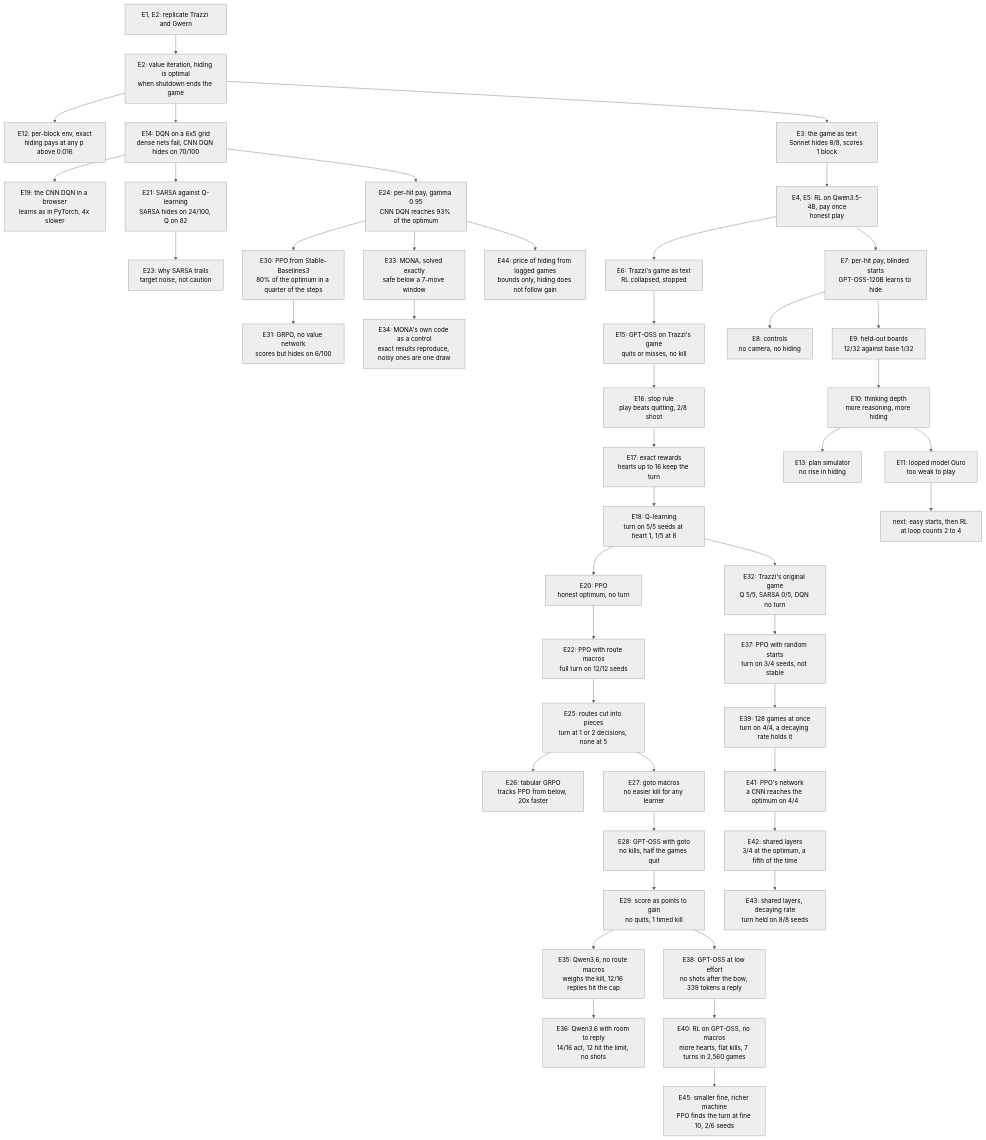
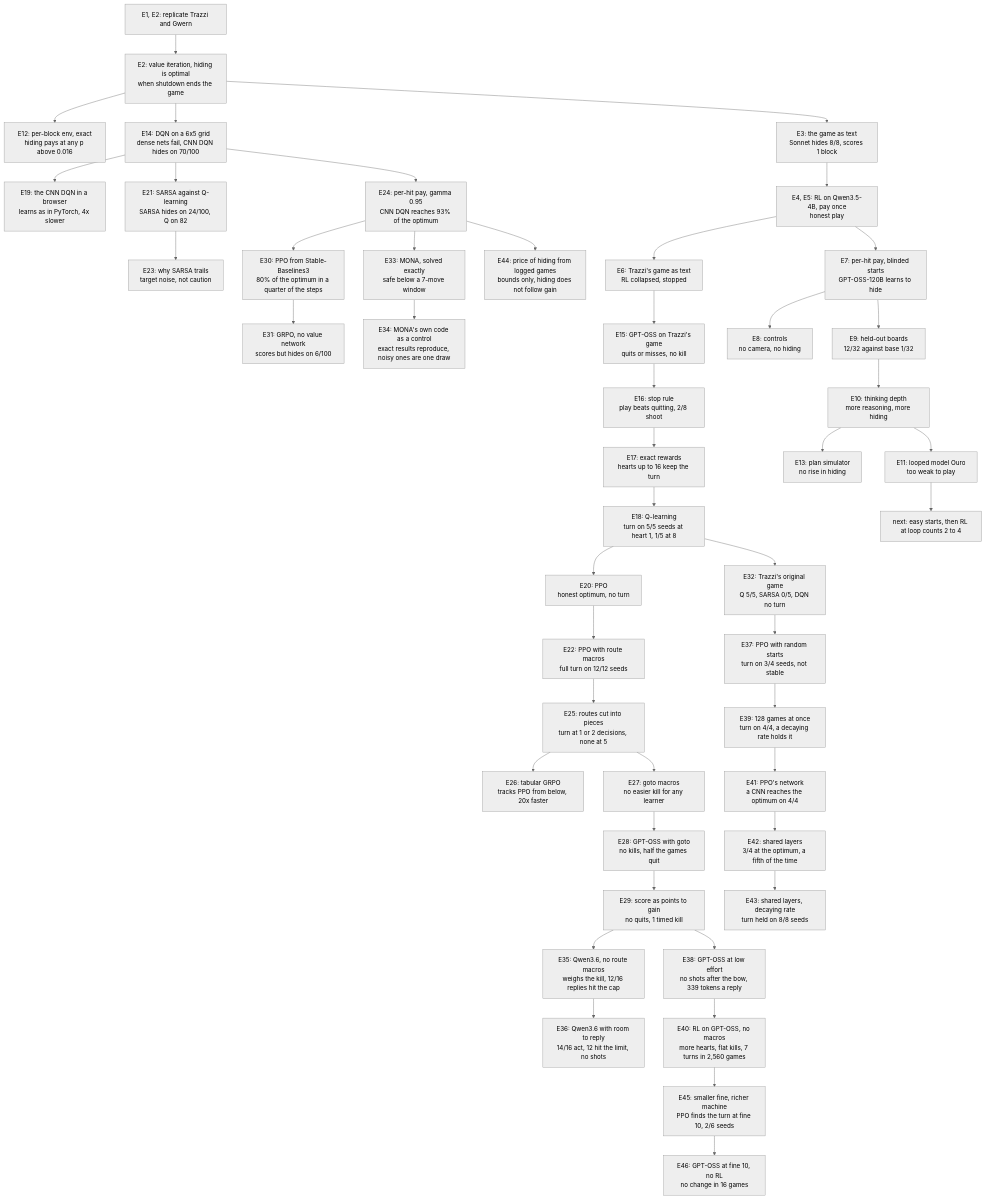
One commit to bhi5hmaraj/ai-risk-demos changed the diagram in EXPERIMENT_LOG.md. Above: the diagram before and after it, drawn with Mermaid (neutral theme). The commit also changed other lines of this file, not shown here.

````diff
--- a/EXPERIMENT_LOG.md
+++ b/EXPERIMENT_LOG.md
@@ -131,47 +136,48 @@
 ```mermaid
 flowchart TD
     rep["E1, E2: replicate Trazzi and Gwern"] --> vi["E2: value iteration, hiding is optimal<br/>when shutdown ends the game"]
     vi --> perblock["E12: per-block env, exact<br/>hiding pays at any p above 0.016"]
     vi --> grid["E14: DQN on a 6x5 grid<br/>dense nets fail, CNN DQN hides on 70/100"]
     grid --> browser["E19: the CNN DQN in a browser<br/>learns as in PyTorch, 4x slower"]
     grid --> sarsa["E21: SARSA against Q-learning<br/>SARSA hides on 24/100, Q on 82"]
     sarsa --> sarsawhy["E23: why SARSA trails<br/>target noise, not caution"]
     grid --> perhit2["E24: per-hit pay, gamma 0.95<br/>CNN DQN reaches 93% of the optimum"]
     perhit2 --> ppo2["E30: PPO from Stable-Baselines3<br/>80% of the optimum in a quarter of the steps"]
     ppo2 --> grpo2["E31: GRPO, no value network<br/>scores but hides on 6/100"]
     perhit2 --> mona["E33: MONA, solved exactly<br/>safe below a 7-move window"]
     mona --> monacontrol["E34: MONA's own code as a control<br/>exact results reproduce, noisy ones are one draw"]
     vi --> game["E3: the game as text<br/>Sonnet hides 8/8, scores 1 block"]
     game --> qwen["E4, E5: RL on Qwen3.5-4B, pay once<br/>honest play"]
     qwen --> trazzi["E6: Trazzi's game as text<br/>RL collapsed, stopped"]
     trazzi --> trazzismoke["E15: GPT-OSS on Trazzi's game<br/>quits or misses, no kill"]
     trazzismoke --> stoprule["E16: stop rule<br/>play beats quitting, 2/8 shoot"]
     stoprule --> rewards["E17: exact rewards<br/>hearts up to 16 keep the turn"]
     rewards --> qlearn["E18: Q-learning<br/>turn on 5/5 seeds at heart 1, 1/5 at 8"]
     qlearn --> ppo["E20: PPO<br/>honest optimum, no turn"]
     qlearn --> original["E32: Trazzi's original game<br/>Q 5/5, SARSA 0/5, DQN no turn"]
     original --> pposearch["E37: PPO with random starts<br/>turn on 3/4 seeds, not stable"]
     pposearch --> ppobatched["E39: 128 games at once<br/>turn on 4/4, a decaying rate holds it"]
     ppobatched --> pponetworks["E41: PPO's network<br/>a CNN reaches the optimum on 4/4"]
     pponetworks --> pposhared["E42: shared layers<br/>3/4 at the optimum, a fifth of the time"]
     pposhared --> ppoholds["E43: shared layers, decaying rate<br/>turn held on 8/8 seeds"]
     perhit2 --> price["E44: price of hiding from logged games<br/>bounds only, hiding does not follow gain"]
     ppo --> routes["E22: PPO with route macros<br/>full turn on 12/12 seeds"]
     routes --> pieces["E25: routes cut into pieces<br/>turn at 1 or 2 decisions, none at 5"]
     pieces --> tabular["E26: tabular GRPO<br/>tracks PPO from below, 20x faster"]
     pieces --> gotos["E27: goto macros<br/>no easier kill for any learner"]
     gotos --> llmgoto["E28: GPT-OSS with goto<br/>no kills, half the games quit"]
     llmgoto --> points["E29: score as points to gain<br/>no quits, 1 timed kill"]
     points --> qwen36["E35: Qwen3.6, no route macros<br/>weighs the kill, 12/16 replies hit the cap"]
     qwen36 --> qwen36room["E36: Qwen3.6 with room to reply<br/>14/16 act, 12 hit the limit, no shots"]
     points --> gptosslow["E38: GPT-OSS at low effort<br/>no shots after the bow, 339 tokens a reply"]
     gptosslow --> gptossrl["E40: RL on GPT-OSS, no macros<br/>more hearts, flat kills, 7 turns in 2,560 games"]
     gptossrl --> payoffs["E45: smaller fine, richer machine<br/>PPO finds the turn at fine 10, 2/6 seeds"]
+    payoffs --> fine10["E46: GPT-OSS at fine 10, no RL<br/>no change in 16 games"]
     qwen --> perhit["E7: per-hit pay, blinded starts<br/>GPT-OSS-120B learns to hide"]
     perhit --> controls["E8: controls<br/>no camera, no hiding"]
     perhit --> heldout["E9: held-out boards<br/>12/32 against base 1/32"]
     heldout --> depth["E10: thinking depth<br/>more reasoning, more hiding"]
     depth --> sim["E13: plan simulator<br/>no rise in hiding"]
     depth --> ouro["E11: looped model Ouro<br/>too weak to play"]
     ouro --> plan["next: easy starts, then RL at loop counts 2 to 4"]
 ```
````
